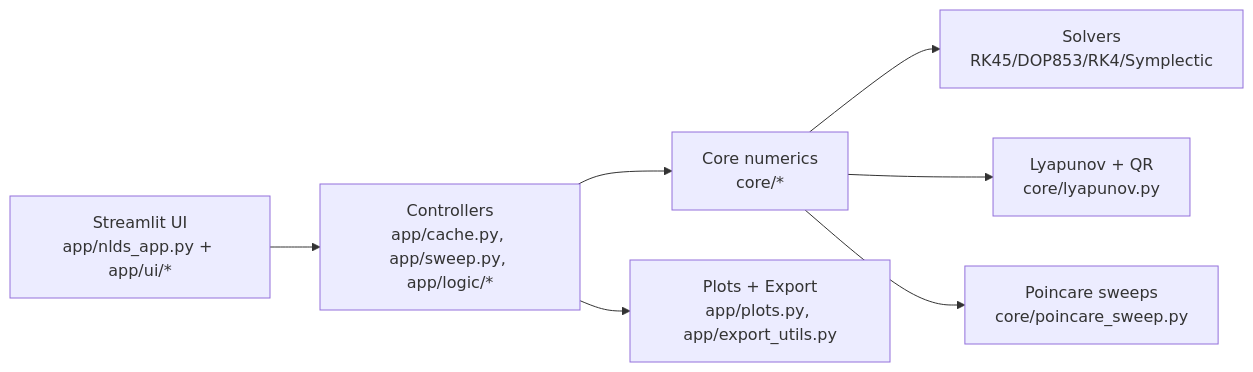
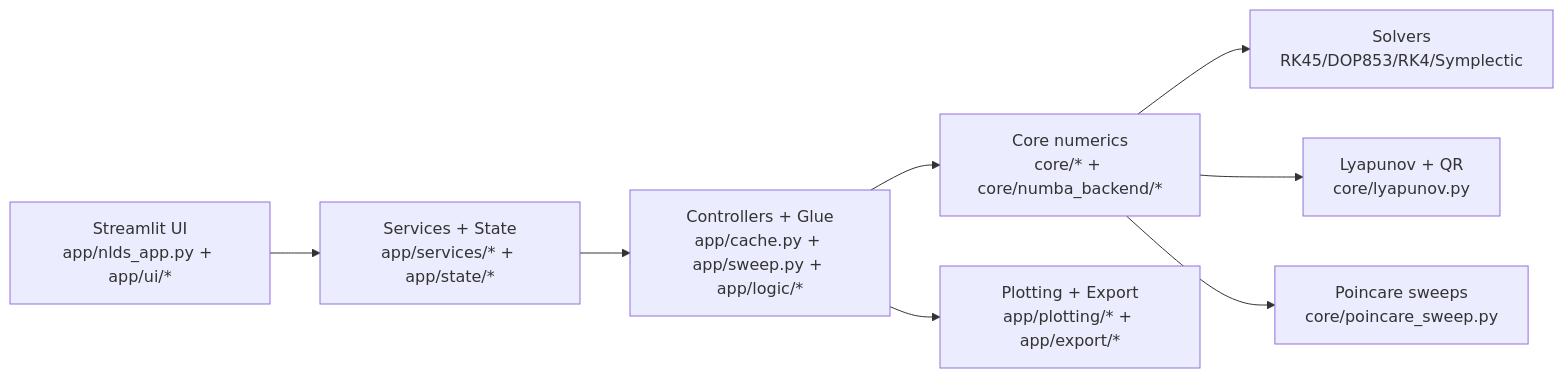
Before and after one commit to OdyGoundi/nds-simulator: the diagram in README.md, drawn with Mermaid. The commit also changed other lines of this file and 13 other files, not shown here.

````diff
--- a/README.md
+++ b/README.md
@@ -64,9 +64,10 @@
 ```mermaid
 flowchart LR
-  UI[Streamlit UI\napp/nlds_app.py + app/ui/*] --> CTRL[Controllers\napp/cache.py, app/sweep.py, app/logic/*]
-  CTRL --> CORE[Core numerics\ncore/*]
+  UI[Streamlit UI\napp/nlds_app.py + app/ui/*] --> SERV[Services + State\napp/services/* + app/state/*]
+  SERV --> GLUE[Controllers + Glue\napp/cache.py + app/sweep.py + app/logic/*]
+  GLUE --> CORE[Core numerics\ncore/* + core/numba_backend/*]
   CORE --> SOLVERS[Solvers\nRK45/DOP853/RK4/Symplectic]
   CORE --> LYA[Lyapunov + QR\ncore/lyapunov.py]
-  CORE --> POIN[ Poincare sweeps\ncore/poincare_sweep.py]
-  CTRL --> PLOTS[Plots + Export\napp/plots.py, app/export_utils.py]
+  CORE --> POIN[Poincare sweeps\ncore/poincare_sweep.py]
+  GLUE --> PLOTS[Plotting + Export\napp/plotting/* + app/export/*]
 ```
````
